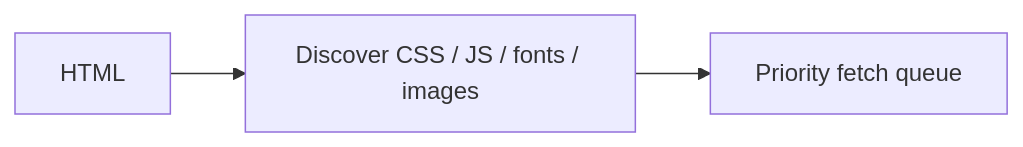
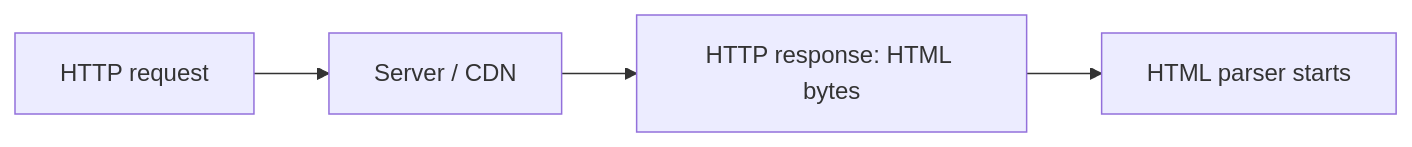
The third of 7 diagrams in docs/javascript/20-rendering.md (prajjwaljogdand/FullstackPreparation), drawn with Mermaid before and after one commit. The commit also changed other lines of this file and 91 other files, not shown here.

````diff
--- a/docs/javascript/20-rendering.md
+++ b/docs/javascript/20-rendering.md
@@ -67,5 +143,6 @@
 ```mermaid
 flowchart LR
-  html["HTML"] --> discover["Discover CSS / JS / fonts / images"]
-  discover --> fetch["Priority fetch queue"]
+  req["HTTP request"] --> server["Server / CDN"]
+  server --> res["HTTP response: HTML bytes"]
+  res --> parser["HTML parser starts"]
 ```
````
